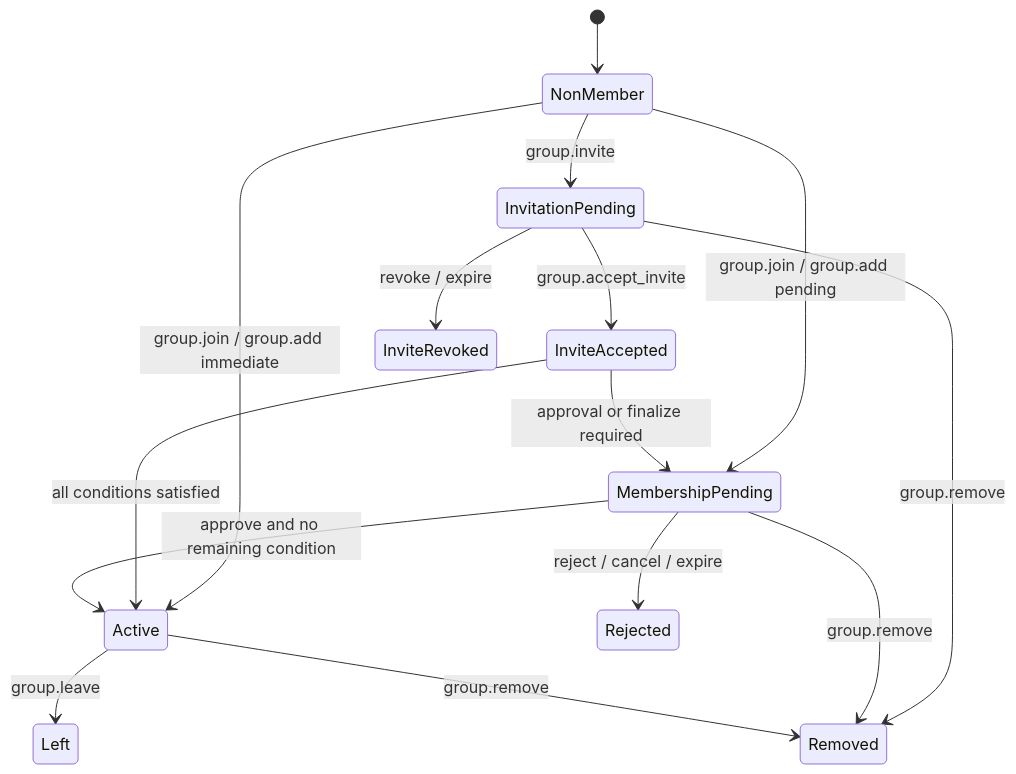
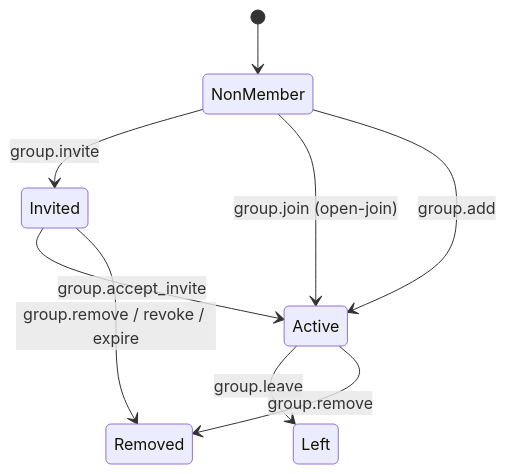
The first of 5 diagrams in chinese/message/04-群组基础语义.md (NeatNerdPrime/AgentNetworkProtocol), drawn with Mermaid before and after one commit. The commit also changed other lines of this file and 3 other files, not shown here.

````diff
--- a/chinese/message/04-群组基础语义.md
+++ b/chinese/message/04-群组基础语义.md
@@ -161,22 +151,14 @@
 ```mermaid
 stateDiagram-v2
     [*] --> NonMember
 
-    NonMember --> InvitationPending: group.invite
-    InvitationPending --> InviteAccepted: group.accept_invite
-    InvitationPending --> Removed: group.remove
-    InvitationPending --> InviteRevoked: revoke / expire
+    NonMember --> Invited: group.invite
+    Invited --> Active: group.accept_invite
+    Invited --> Removed: group.remove / revoke / expire
 
-    NonMember --> Active: group.join / group.add immediate
-    NonMember --> MembershipPending: group.join / group.add pending
-
-    InviteAccepted --> Active: all conditions satisfied
-    InviteAccepted --> MembershipPending: approval or finalize required
-
-    MembershipPending --> Active: approve and no remaining condition
-    MembershipPending --> Rejected: reject / cancel / expire
-    MembershipPending --> Removed: group.remove
+    NonMember --> Active: group.join (open-join)
+    NonMember --> Active: group.add
 
     Active --> Left: group.leave
     Active --> Removed: group.remove
 ```
````
